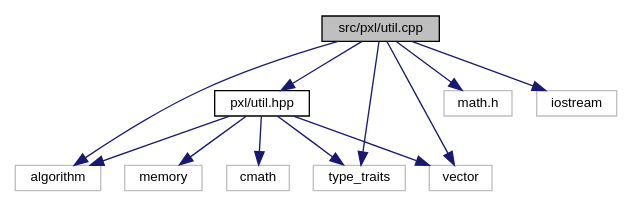
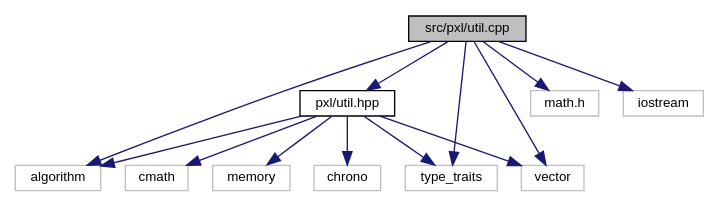
One commit to Pixel-Lib/Pixel changed the diagram in util_8cpp__incl.dot. Above: the diagram before and after it, drawn with Graphviz. The commit also changed 133 other files, not shown here.

```diff
--- a/util_8cpp__incl.dot
+++ b/util_8cpp__incl.dot
@@ -1,26 +1,28 @@
 digraph "src/pxl/util.cpp"
 {
  // LATEX_PDF_SIZE
   edge [fontname="Helvetica",fontsize="10",labelfontname="Helvetica",labelfontsize="10"];
   node [fontname="Helvetica",fontsize="10",shape=record];
   Node1 [label="src/pxl/util.cpp",height=0.2,width=0.4,color="black", fillcolor="grey75", style="filled", fontcolor="black",tooltip=" "];
   Node1 -> Node2 [color="midnightblue",fontsize="10",style="solid",fontname="Helvetica"];
   Node2 [label="pxl/util.hpp",height=0.2,width=0.4,color="black", fillcolor="white", style="filled",URL="$util_8hpp.html",tooltip=" "];
   Node2 -> Node3 [color="midnightblue",fontsize="10",style="solid",fontname="Helvetica"];
   Node3 [label="algorithm",height=0.2,width=0.4,color="grey75", fillcolor="white", style="filled",tooltip=" "];
   Node2 -> Node4 [color="midnightblue",fontsize="10",style="solid",fontname="Helvetica"];
   Node4 [label="cmath",height=0.2,width=0.4,color="grey75", fillcolor="white", style="filled",tooltip=" "];
   Node2 -> Node5 [color="midnightblue",fontsize="10",style="solid",fontname="Helvetica"];
   Node5 [label="memory",height=0.2,width=0.4,color="grey75", fillcolor="white", style="filled",tooltip=" "];
   Node2 -> Node6 [color="midnightblue",fontsize="10",style="solid",fontname="Helvetica"];
   Node6 [label="type_traits",height=0.2,width=0.4,color="grey75", fillcolor="white", style="filled",tooltip=" "];
   Node2 -> Node7 [color="midnightblue",fontsize="10",style="solid",fontname="Helvetica"];
   Node7 [label="vector",height=0.2,width=0.4,color="grey75", fillcolor="white", style="filled",tooltip=" "];
-  Node1 -> Node8 [color="midnightblue",fontsize="10",style="solid",fontname="Helvetica"];
-  Node8 [label="math.h",height=0.2,width=0.4,color="grey75", fillcolor="white", style="filled",tooltip=" "];
+  Node2 -> Node8 [color="midnightblue",fontsize="10",style="solid",fontname="Helvetica"];
+  Node8 [label="chrono",height=0.2,width=0.4,color="grey75", fillcolor="white", style="filled",tooltip=" "];
+  Node1 -> Node9 [color="midnightblue",fontsize="10",style="solid",fontname="Helvetica"];
+  Node9 [label="math.h",height=0.2,width=0.4,color="grey75", fillcolor="white", style="filled",tooltip=" "];
   Node1 -> Node3 [color="midnightblue",fontsize="10",style="solid",fontname="Helvetica"];
-  Node1 -> Node9 [color="midnightblue",fontsize="10",style="solid",fontname="Helvetica"];
-  Node9 [label="iostream",height=0.2,width=0.4,color="grey75", fillcolor="white", style="filled",tooltip=" "];
+  Node1 -> Node10 [color="midnightblue",fontsize="10",style="solid",fontname="Helvetica"];
+  Node10 [label="iostream",height=0.2,width=0.4,color="grey75", fillcolor="white", style="filled",tooltip=" "];
   Node1 -> Node6 [color="midnightblue",fontsize="10",style="solid",fontname="Helvetica"];
   Node1 -> Node7 [color="midnightblue",fontsize="10",style="solid",fontname="Helvetica"];
 }
```
